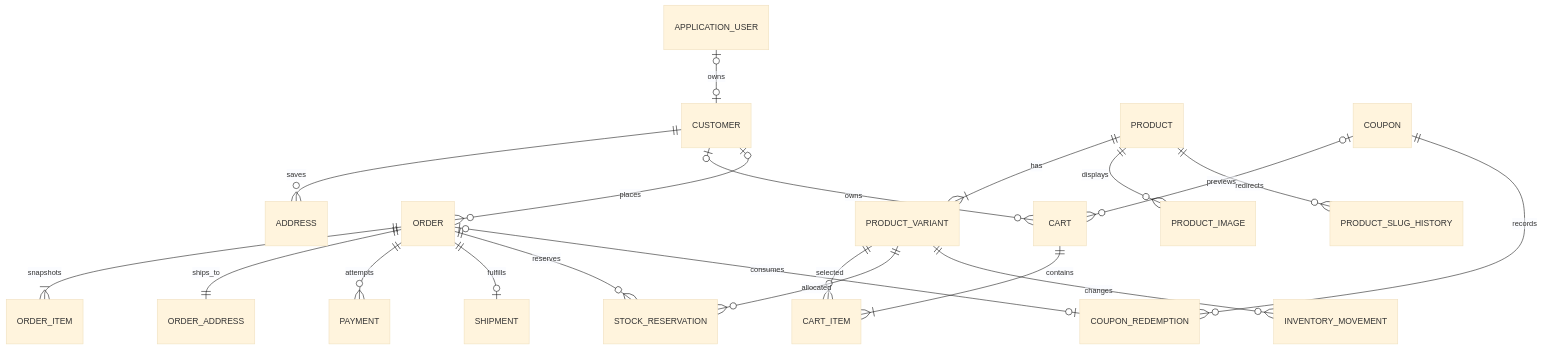
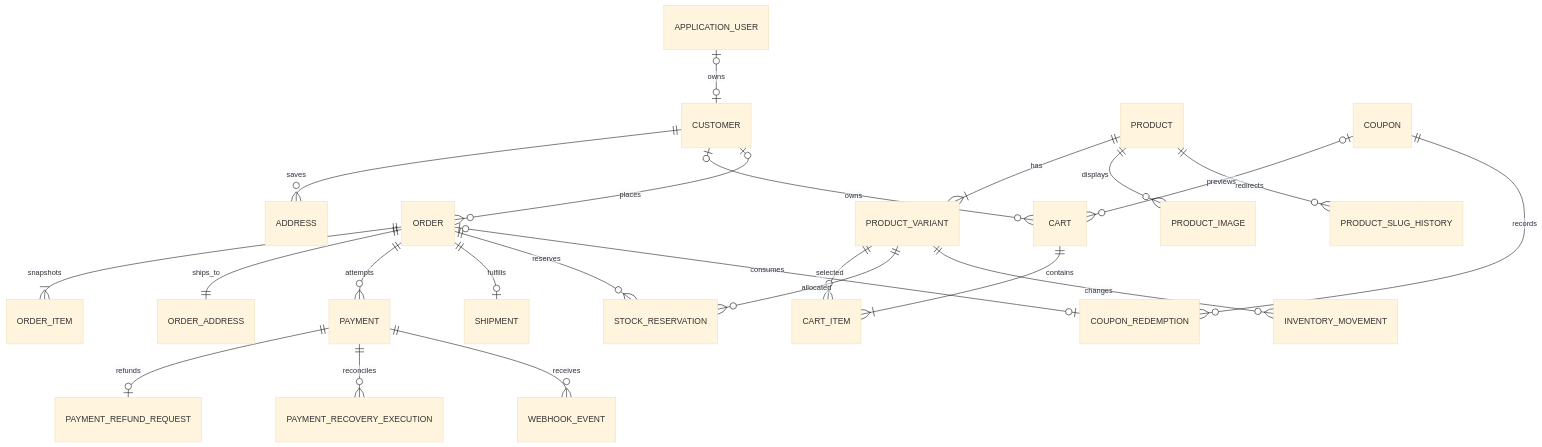
Before and after one commit to DiogoJP202/Sallvatco: the diagram in docs/DATABASE.md, drawn with Mermaid (base theme). The commit also changed other lines of this file and 25 other files, not shown here.

````diff
--- a/docs/DATABASE.md
+++ b/docs/DATABASE.md
@@ -46,22 +51,25 @@
 ```mermaid
 erDiagram
     APPLICATION_USER o|--o| CUSTOMER : owns
     CUSTOMER ||--o{ ADDRESS : saves
     CUSTOMER o|--o{ CART : owns
     CUSTOMER o|--o{ ORDER : places
     PRODUCT ||--|{ PRODUCT_VARIANT : has
     PRODUCT ||--o{ PRODUCT_IMAGE : displays
     PRODUCT ||--o{ PRODUCT_SLUG_HISTORY : redirects
     CART ||--|{ CART_ITEM : contains
     COUPON o|--o{ CART : previews
     PRODUCT_VARIANT ||--o{ CART_ITEM : selected
     ORDER ||--|{ ORDER_ITEM : snapshots
     ORDER ||--|| ORDER_ADDRESS : ships_to
     ORDER ||--o{ PAYMENT : attempts
+    PAYMENT ||--o| PAYMENT_REFUND_REQUEST : refunds
+    PAYMENT ||--o{ PAYMENT_RECOVERY_EXECUTION : reconciles
+    PAYMENT ||--o{ WEBHOOK_EVENT : receives
     ORDER ||--o| SHIPMENT : fulfills
     ORDER ||--o{ STOCK_RESERVATION : reserves
     PRODUCT_VARIANT ||--o{ STOCK_RESERVATION : allocated
     PRODUCT_VARIANT ||--o{ INVENTORY_MOVEMENT : changes
     COUPON ||--o{ COUPON_REDEMPTION : records
     ORDER o|--o| COUPON_REDEMPTION : consumes
 ```
````
